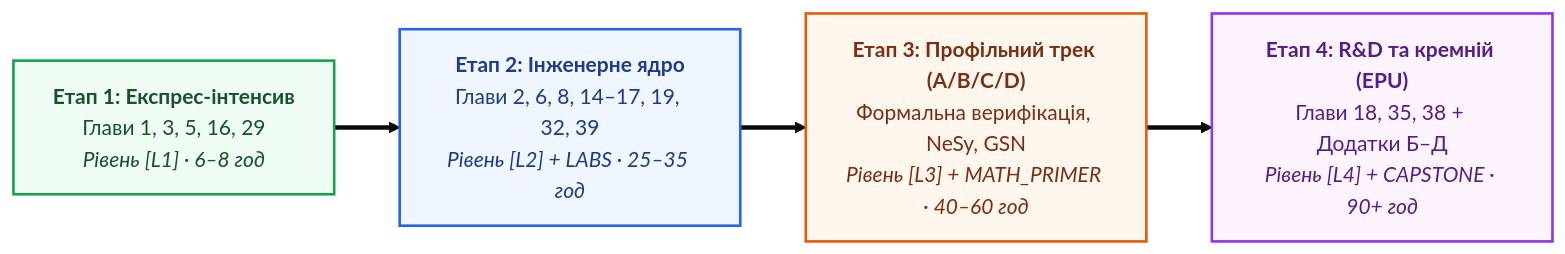
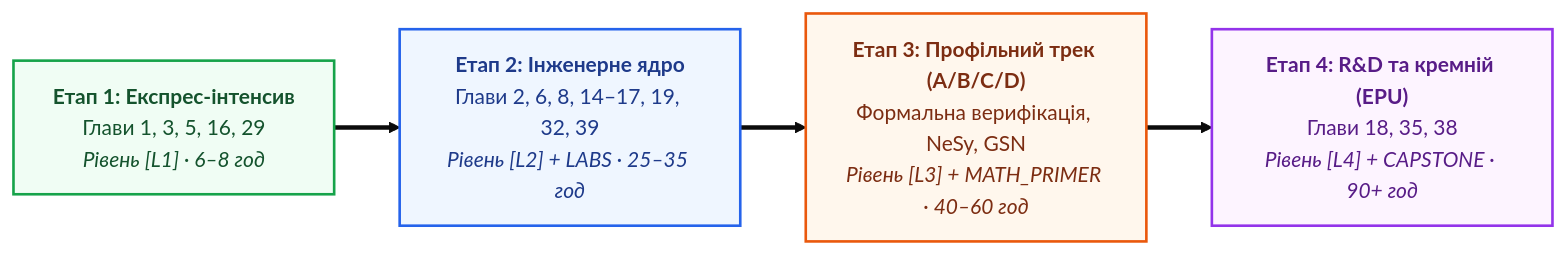
Before and after one commit to nick-fedchik/articles: the seventh of 7 diagrams in ExpertSystem/ch01-introduction-to-expert-systems.md, drawn with Mermaid (base theme). The commit also changed other lines of this file and 375 other files, not shown here.

````diff
--- a/ExpertSystem/ch01-introduction-to-expert-systems.md
+++ b/ExpertSystem/ch01-introduction-to-expert-systems.md
@@ -535,22 +544,22 @@
 ```mermaid
 flowchart LR
     accTitle: Спіральна траєкторія оптимального опанування монографії
     accDescr: Перехід від експрес-маршруту вихідного дня через інженерне ядро розробника до профільної спеціалізації та дослідницького рівня R&D.
 
     S1["<b>Етап 1: Експрес-інтенсив</b><br/>Глави 1, 3, 5, 16, 29<br/><i>Рівень [L1] · 6–8 год</i>"]
     S2["<b>Етап 2: Інженерне ядро</b><br/>Глави 2, 6, 8, 14–17, 19, 32, 39<br/><i>Рівень [L2] + LABS · 25–35 год</i>"]
     S3["<b>Етап 3: Профільний трек (A/B/C/D)</b><br/>Формальна верифікація, NeSy, GSN<br/><i>Рівень [L3] + MATH_PRIMER · 40–60 год</i>"]
-    S4["<b>Етап 4: R&D та кремній (EPU)</b><br/>Глави 18, 35, 38 + Додатки Б–Д<br/><i>Рівень [L4] + CAPSTONE · 90+ год</i>"]
+    S4["<b>Етап 4: R&D та кремній (EPU)</b><br/>Глави 18, 35, 38<br/><i>Рівень [L4] + CAPSTONE · 90+ год</i>"]
 
     S1 ==> S2 ==> S3 ==> S4
 
     classDef l1 fill:#f0fdf4,stroke:#16a34a,stroke-width:2px,color:#14532d;
     classDef l2 fill:#eff6ff,stroke:#2563eb,stroke-width:2px,color:#1e3a8a;
     classDef l3 fill:#fff7ed,stroke:#ea580c,stroke-width:2px,color:#7c2d12;
     classDef l4 fill:#fdf4ff,stroke:#9333ea,stroke-width:2px,color:#581c87;
 
     class S1 l1;
     class S2 l2;
     class S3 l3;
     class S4 l4;
 ```
````
